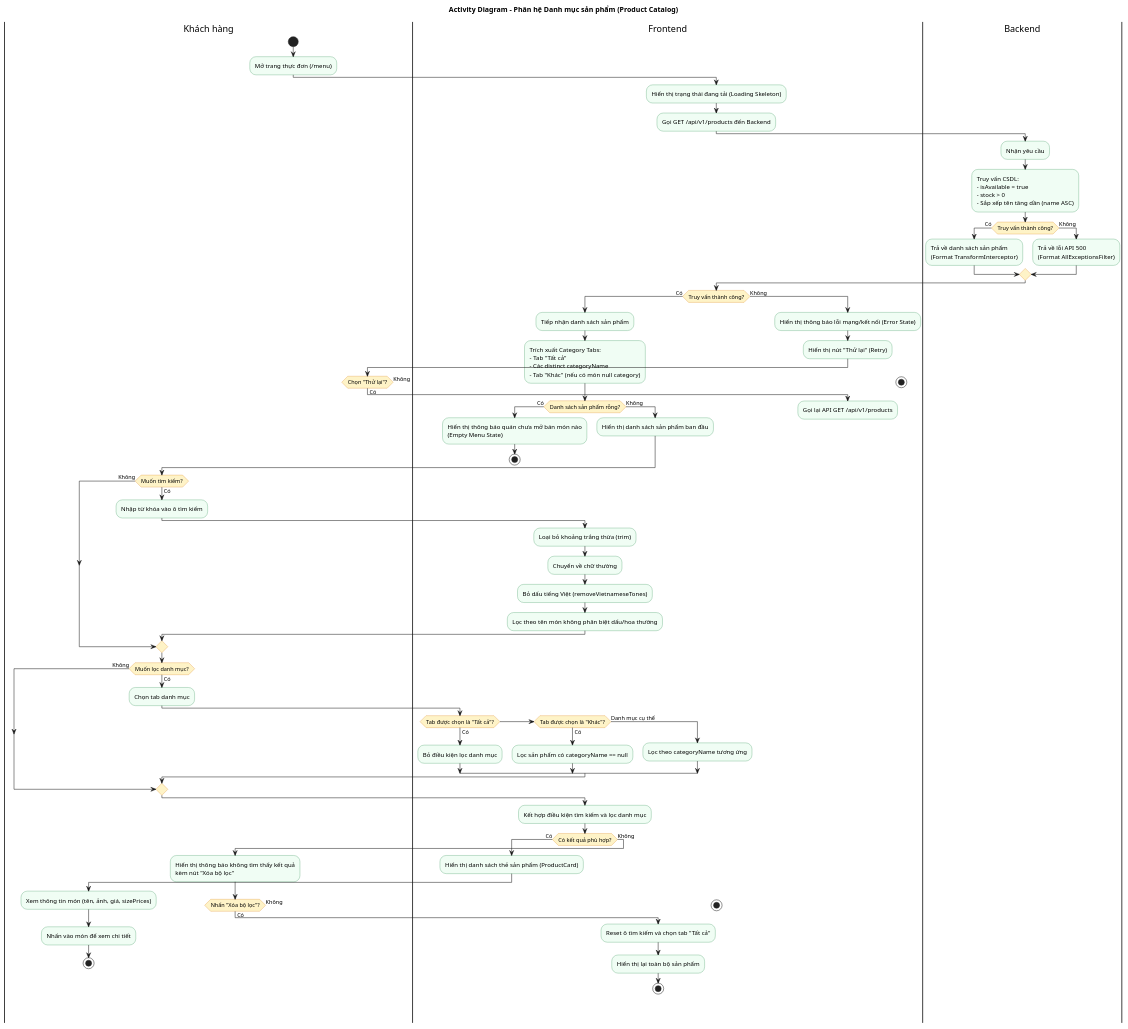
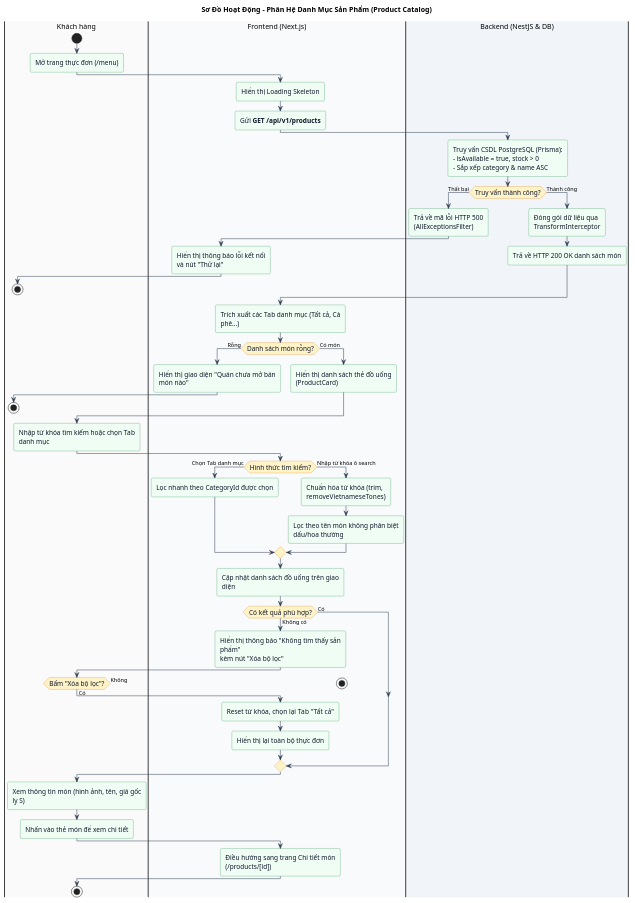
Before and after one commit to ChienPM-27/BrewLite_02: the diagram in docs/product-catalog/activity-product-catalog.puml, drawn with PlantUML. The commit also changed 178 other files, not shown here.

Commit message:
docs(report): optimize diagrams layout and swimlanes for latex compilation

```diff
--- a/docs/product-catalog/activity-product-catalog.puml
+++ b/docs/product-catalog/activity-product-catalog.puml
@@ -1,116 +1,101 @@
-@startuml
-title Activity Diagram - Phân hệ Danh mục sản phẩm (Product Catalog)
+@startuml activity-product-catalog
+title Sơ Đồ Hoạt Động - Phân Hệ Danh Mục Sản Phẩm (Product Catalog)
 
+skinparam defaultFontName Arial
 skinparam shadowing false
-skinparam defaultFontName Arial
+skinparam roundcorner 6
+
+skinparam nodesep 12
+skinparam ranksep 14
+skinparam defaultFontSize 14
+skinparam activityFontSize 13
+skinparam arrowFontSize 11
+skinparam activityPadding 8
+skinparam wrapWidth 260
+
 skinparam activity {
     BackgroundColor #F0FDF4
     BorderColor #15803D
+    FontColor #0F172A
     DiamondBackgroundColor #FEF3C7
     DiamondBorderColor #D97706
+    DiamondFontColor #0F172A
 }
+skinparam ArrowColor #334155
+
+|#FAFAFA|Khách hàng|
+|#F8FAFC|Frontend (Next.js)|
+|#F1F5F9|Backend (NestJS & DB)|
 
 |Khách hàng|
 start
 :Mở trang thực đơn (/menu);
 
-|Frontend|
-:Hiển thị trạng thái đang tải (Loading Skeleton);
-:Gọi GET /api/v1/products đến Backend;
+|Frontend (Next.js)|
+:Hiển thị Loading Skeleton;
+:Gửi **GET /api/v1/products**;
 
-|Backend|
-:Nhận yêu cầu;
-:Truy vấn CSDL:
-- isAvailable = true
-- stock > 0
-- Sắp xếp tên tăng dần (name ASC);
+|Backend (NestJS & DB)|
+:Truy vấn CSDL PostgreSQL (Prisma):\n- isAvailable = true, stock > 0\n- Sắp xếp category & name ASC;
 
-if (Truy vấn thành công?) then (Có)
-    :Trả về danh sách sản phẩm
-    (Format TransformInterceptor);
-else (Không)
-    :Trả về lỗi API 500
-    (Format AllExceptionsFilter);
+if (Truy vấn thành công?) then (Thất bại)
+    :Trả về mã lỗi HTTP 500\n(AllExceptionsFilter);
+    |Frontend (Next.js)|
+    :Hiển thị thông báo lỗi kết nối\nvà nút "Thử lại";
+    |Khách hàng|
+    stop
+else (Thành công)
+    |Backend (NestJS & DB)|
+    :Đóng gói dữ liệu qua TransformInterceptor;
+    :Trả về HTTP 200 OK danh sách món;
 endif
 
-|Frontend|
-if (Truy vấn thành công?) then (Có)
-    :Tiếp nhận danh sách sản phẩm;
-    :Trích xuất Category Tabs:
-    - Tab "Tất cả"
-    - Các distinct categoryName
-    - Tab "Khác" (nếu có món null category);
+|Frontend (Next.js)|
+:Trích xuất các Tab danh mục (Tất cả, Cà phê...);
 
-    if (Danh sách sản phẩm rỗng?) then (Có)
-        :Hiển thị thông báo quán chưa mở bán món nào
-        (Empty Menu State);
-        stop
-    else (Không)
-        :Hiển thị danh sách sản phẩm ban đầu;
-    endif
+if (Danh sách món rỗng?) then (Rỗng)
+    :Hiển thị giao diện "Quán chưa mở bán món nào";
+    |Khách hàng|
+    stop
+else (Có món)
+    |Frontend (Next.js)|
+    :Hiển thị danh sách thẻ đồ uống (ProductCard);
+endif
 
+|Khách hàng|
+:Nhập từ khóa tìm kiếm hoặc chọn Tab danh mục;
+
+|Frontend (Next.js)|
+if (Hình thức tìm kiếm?) then (Chọn Tab danh mục)
+    :Lọc nhanh theo CategoryId được chọn;
+else (Nhập từ khóa ô search)
+    :Chuẩn hóa từ khóa (trim, removeVietnameseTones);
+    :Lọc theo tên món không phân biệt dấu/hoa thường;
+endif
+
+:Cập nhật danh sách đồ uống trên giao diện;
+
+if (Có kết quả phù hợp?) then (Không có)
+    :Hiển thị thông báo "Không tìm thấy sản phẩm"\nkèm nút "Xóa bộ lọc";
     |Khách hàng|
-    if (Muốn tìm kiếm?) then (Có)
-        :Nhập từ khóa vào ô tìm kiếm;
-
-        |Frontend|
-        :Loại bỏ khoảng trắng thừa (trim);
-        :Chuyển về chữ thường;
-        :Bỏ dấu tiếng Việt (removeVietnameseTones);
-        :Lọc theo tên món không phân biệt dấu/hoa thường;
-    else (Không)
-    endif
-
-    |Khách hàng|
-    if (Muốn lọc danh mục?) then (Có)
-        :Chọn tab danh mục;
-
-        |Frontend|
-        if (Tab được chọn là "Tất cả"?) then (Có)
-            :Bỏ điều kiện lọc danh mục;
-        else if (Tab được chọn là "Khác"?) then (Có)
-            :Lọc sản phẩm có categoryName == null;
-        else (Danh mục cụ thể)
-            :Lọc theo categoryName tương ứng;
-        endif
-    else (Không)
-    endif
-
-    |Frontend|
-    :Kết hợp điều kiện tìm kiếm và lọc danh mục;
-
-    if (Có kết quả phù hợp?) then (Có)
-        :Hiển thị danh sách thẻ sản phẩm (ProductCard);
-        |Khách hàng|
-        :Xem thông tin món (tên, ảnh, giá, sizePrices);
-        :Nhấn vào món để xem chi tiết;
-        stop
-    else (Không)
-        :Hiển thị thông báo không tìm thấy kết quả
-        kèm nút "Xóa bộ lọc";
-        |Khách hàng|
-        if (Nhấn "Xóa bộ lọc"?) then (Có)
-            |Frontend|
-            :Reset ô tìm kiếm và chọn tab "Tất cả";
-            :Hiển thị lại toàn bộ sản phẩm;
-            stop
-        else (Không)
-            stop
-        endif
-    endif
-
-else (Không)
-    :Hiển thị thông báo lỗi mạng/kết nối (Error State);
-    :Hiển thị nút "Thử lại" (Retry);
-
-    |Khách hàng|
-    if (Chọn "Thử lại"?) then (Có)
-        |Frontend|
-        :Gọi lại API GET /api/v1/products;
-        detach
+    if (Bấm "Xóa bộ lọc"?) then (Có)
+        |Frontend (Next.js)|
+        :Reset từ khóa, chọn lại Tab "Tất cả";
+        :Hiển thị lại toàn bộ thực đơn;
     else (Không)
         stop
     endif
+else (Có)
 endif
 
+|Khách hàng|
+:Xem thông tin món (hình ảnh, tên, giá gốc ly S);
+:Nhấn vào thẻ món để xem chi tiết;
+
+|Frontend (Next.js)|
+:Điều hướng sang trang Chi tiết món (/products/[id]);
+
+|Khách hàng|
+stop
+
 @enduml
```
